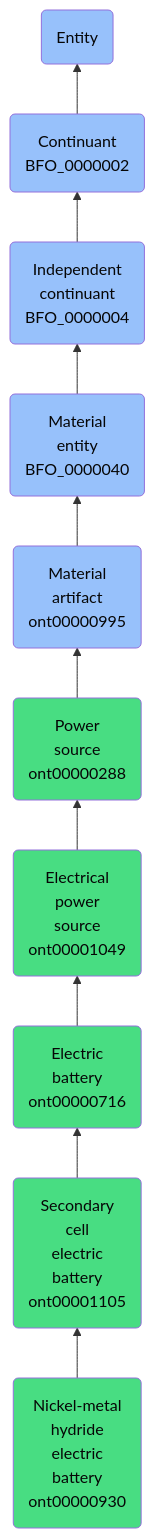
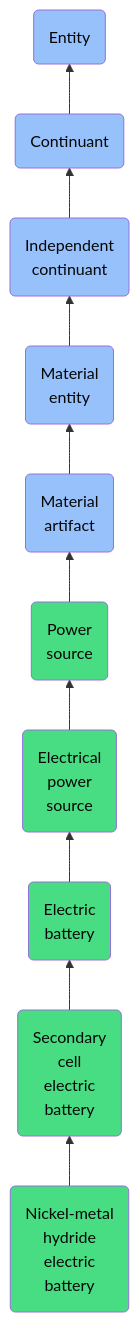
Before and after one commit to jupyter-naas/abi: the diagram in docs/ontology/reference/model/Entity/Continuant/Independent continuant/Material entity/Material artifact/Power source/Electrical power source/Electric battery/Secondary cell electric battery/Nickel-metal hydride electric battery/Nickel-metal hydride electric battery.md, drawn with Mermaid. The commit also changed other lines of this file and 1430 other files, not shown here.

````diff
--- a/docs/ontology/reference/model/Entity/Continuant/Independent continuant/Material entity/Material artifact/Power source/Electrical power source/Electric battery/Secondary cell electric battery/Nickel-metal hydride electric battery/Nickel-metal hydride electric battery.md
+++ b/docs/ontology/reference/model/Entity/Continuant/Independent continuant/Material entity/Material artifact/Power source/Electrical power source/Electric battery/Secondary cell electric battery/Nickel-metal hydride electric battery/Nickel-metal hydride electric battery.md
@@ -24,17 +24,17 @@
 ```mermaid
 graph BT
-    ont00000930(Nickel-metal<br>hydride<br>electric<br>battery<br>ont00000930):::ABI-->ont00001105
-    ont00001105(Secondary<br>cell<br>electric<br>battery<br>ont00001105):::ABI-->ont00000716
-    ont00000716(Electric<br>battery<br>ont00000716):::ABI-->ont00001049
-    ont00001049(Electrical<br>power<br>source<br>ont00001049):::ABI-->ont00000288
-    ont00000288(Power<br>source<br>ont00000288):::ABI-->ont00000995
-    ont00000995(Material<br>artifact<br>ont00000995):::BFO-->BFO_0000040
-    BFO_0000040(Material<br>entity<br>BFO_0000040):::BFO-->BFO_0000004
-    BFO_0000004(Independent<br>continuant<br>BFO_0000004):::BFO-->BFO_0000002
-    BFO_0000002(Continuant<br>BFO_0000002):::BFO-->BFO_0000001
+    ont00000930(Nickel-metal<br>hydride<br>electric<br>battery):::ABI-->ont00001105
+    ont00001105(Secondary<br>cell<br>electric<br>battery):::ABI-->ont00000716
+    ont00000716(Electric<br>battery):::ABI-->ont00001049
+    ont00001049(Electrical<br>power<br>source):::ABI-->ont00000288
+    ont00000288(Power<br>source):::ABI-->ont00000995
+    ont00000995(Material<br>artifact):::BFO-->BFO_0000040
+    BFO_0000040(Material<br>entity):::BFO-->BFO_0000004
+    BFO_0000004(Independent<br>continuant):::BFO-->BFO_0000002
+    BFO_0000002(Continuant):::BFO-->BFO_0000001
     BFO_0000001(Entity):::BFO
     
     classDef BFO fill:#97c1fb,color:#060606
     classDef CCO fill:#e4c51e,color:#060606
     classDef ABI fill:#48DD82,color:#060606
 ```
````
